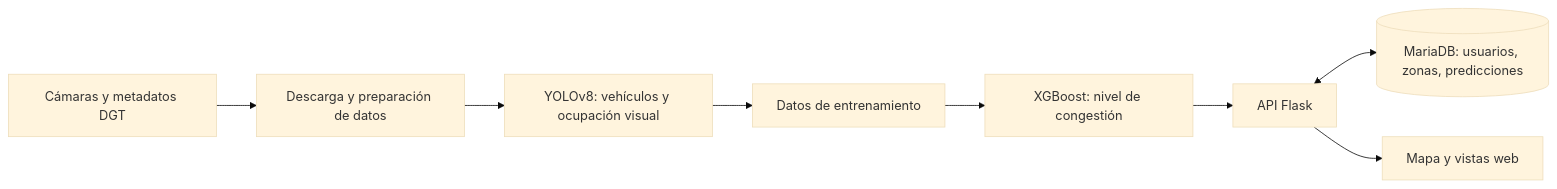
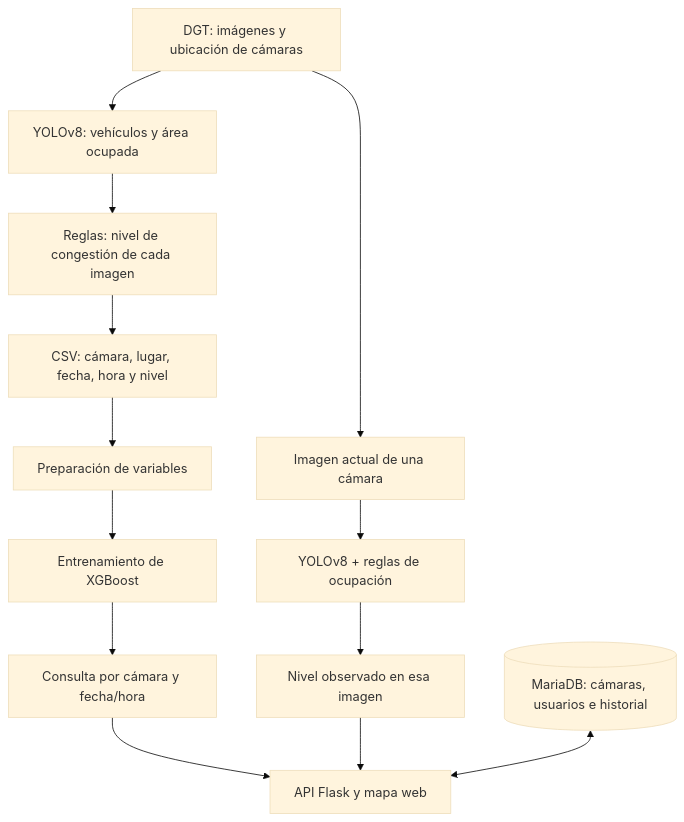
Before and after one commit to marcos-05/MADRIVEE: the diagram in README.md, drawn with Mermaid (base theme). The commit also changed other lines of this file, not shown here.

Commit message:
Explain data pipeline and separate congestion paths

````diff
--- a/README.md
+++ b/README.md
@@ -11,10 +11,15 @@
 ```mermaid
-flowchart LR
-    DGT[Cámaras y metadatos DGT] --> ETL[Descarga y preparación de datos]
-    ETL --> YOLO[YOLOv8: vehículos y ocupación visual]
-    YOLO --> DS[Datos de entrenamiento]
-    DS --> XGB[XGBoost: nivel de congestión]
-    XGB --> API[API Flask]
-    API <--> DB[(MariaDB: usuarios, zonas, predicciones)]
-    API --> UI[Mapa y vistas web]
+flowchart TD
+    DGT["DGT: imágenes y ubicación de cámaras"] --> YOLO["YOLOv8: vehículos y área ocupada"]
+    YOLO --> NIVEL["Reglas: nivel de congestión de cada imagen"]
+    NIVEL --> CSV["CSV: cámara, lugar, fecha, hora y nivel"]
+    CSV --> PREP["Preparación de variables"]
+    PREP --> XGB["Entrenamiento de XGBoost"]
+    XGB --> PRED["Consulta por cámara y fecha/hora"]
+    DGT --> FOTO["Imagen actual de una cámara"]
+    FOTO --> VISUAL["YOLOv8 + reglas de ocupación"]
+    VISUAL --> RESULTADO["Nivel observado en esa imagen"]
+    PRED --> API["API Flask y mapa web"]
+    RESULTADO --> API
+    DB[(MariaDB: cámaras, usuarios e historial)] <--> API
 ```
````
